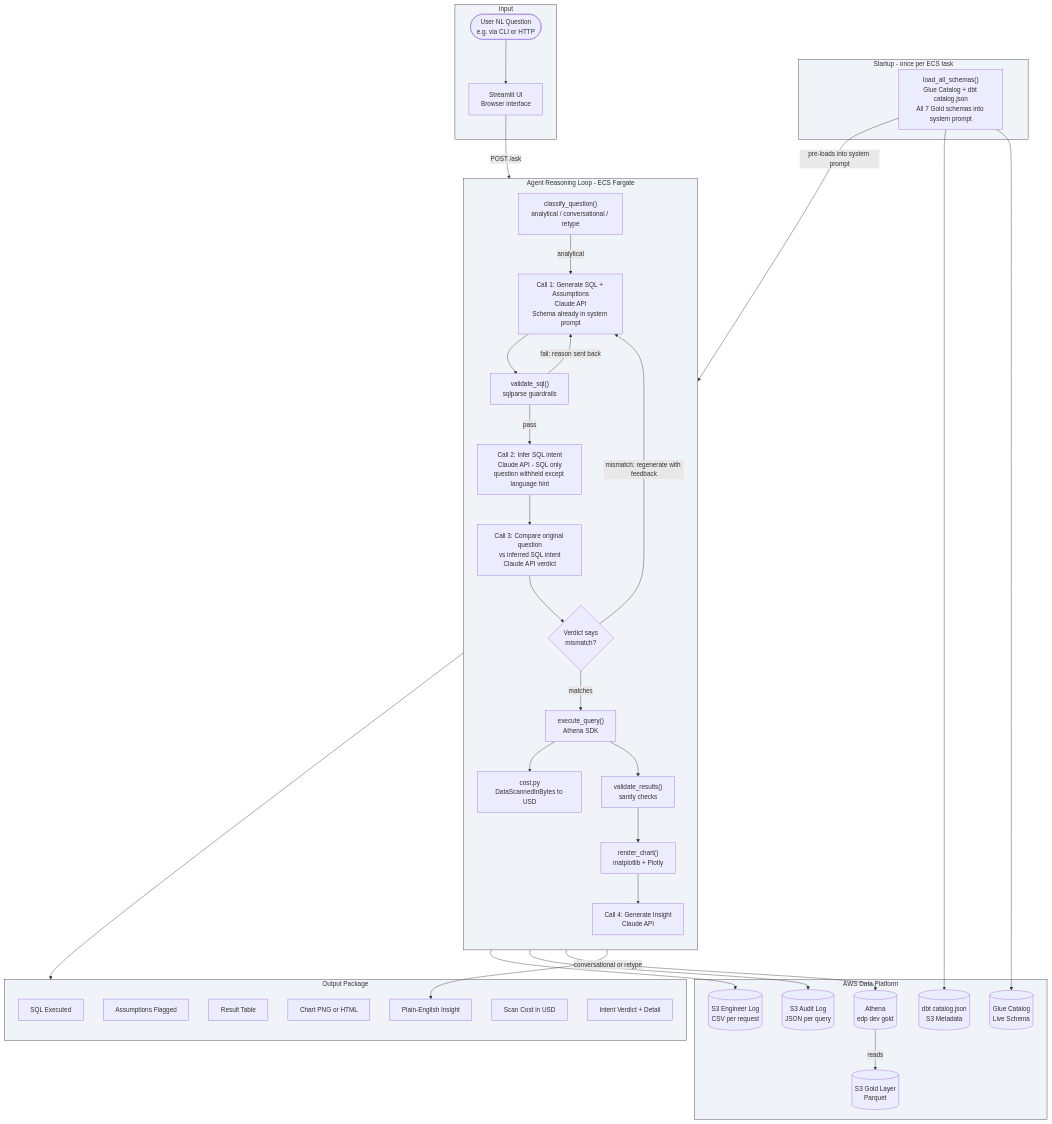
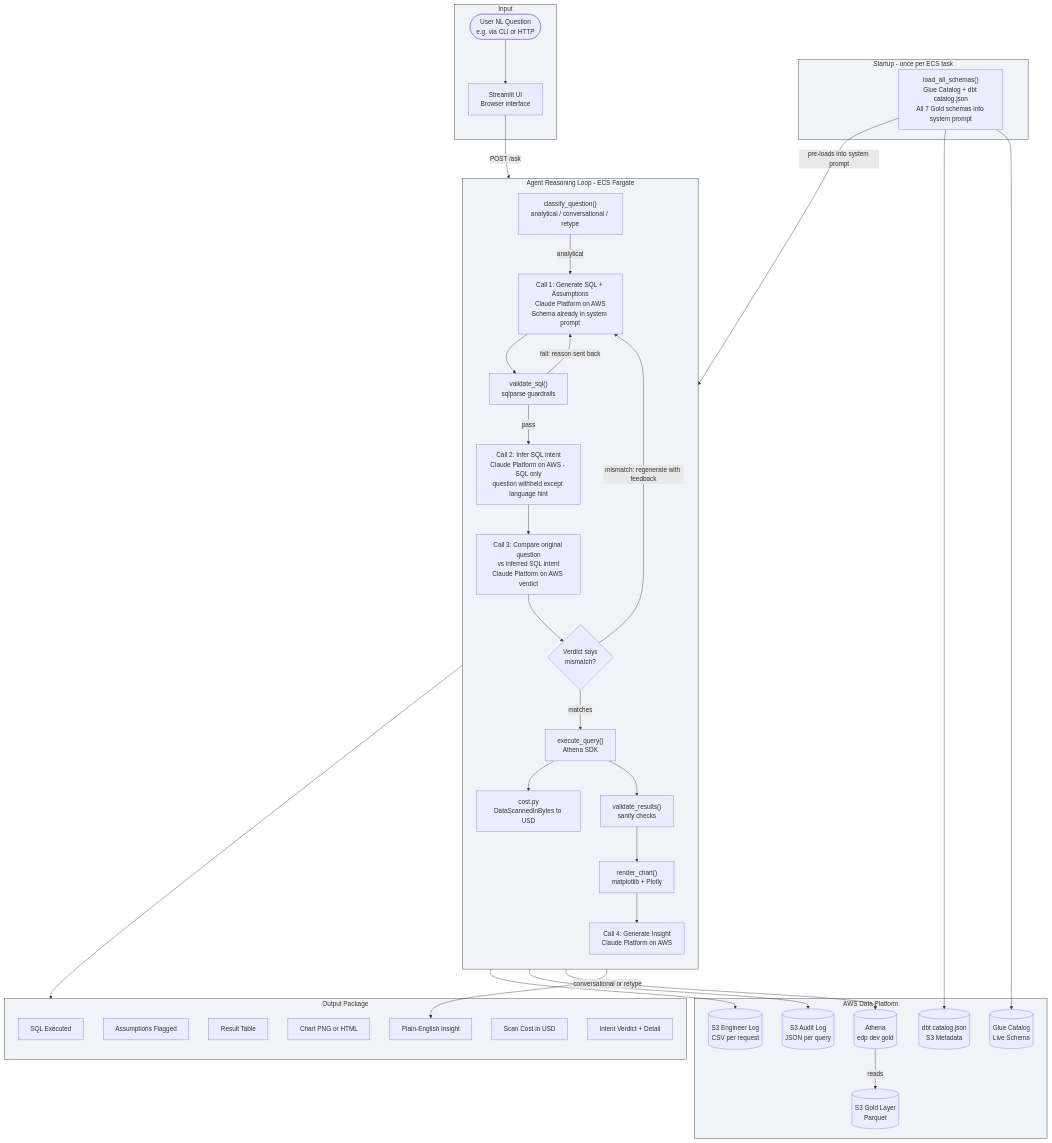
The first of 4 diagrams in README.md (enterprise-data-platform-emeka/platform-analytics-agent), drawn with Mermaid before and after one commit. The commit also changed other lines of this file, not shown here.

First line of the commit message:
docs: update Claude API references to Claude Platform on AWS

````diff
--- a/README.md
+++ b/README.md
@@ -52,72 +52,72 @@
 ```mermaid
 flowchart TD
     subgraph Startup ["Startup - once per ECS task"]
         LoadSchemas["load_all_schemas()\nGlue Catalog + dbt catalog.json\nAll 7 Gold schemas into system prompt"]
     end
 
     subgraph Input ["Input"]
         User([User NL Question\ne.g. via CLI or HTTP])
         Streamlit[Streamlit UI\nBrowser interface]
         User --> Streamlit
     end
 
     subgraph AgentLoop ["Agent Reasoning Loop - ECS Fargate"]
         direction TB
         Classify["classify_question()\nanalytical / conversational / retype"]
-        GenerateSQL["Call 1: Generate SQL + Assumptions\nClaude API\nSchema already in system prompt"]
+        GenerateSQL["Call 1: Generate SQL + Assumptions\nClaude Platform on AWS\nSchema already in system prompt"]
         ValidateSQL["validate_sql()\nsqlparse guardrails"]
-        IntentCheck["Call 2: Infer SQL intent\nClaude API - SQL only\nquestion withheld except language hint"]
-        VerdictCheck["Call 3: Compare original question\nvs inferred SQL intent\nClaude API verdict"]
+        IntentCheck["Call 2: Infer SQL intent\nClaude Platform on AWS - SQL only\nquestion withheld except language hint"]
+        VerdictCheck["Call 3: Compare original question\nvs inferred SQL intent\nClaude Platform on AWS verdict"]
         Verdict{"Verdict says\nmismatch?"}
         Execute["execute_query()\nAthena SDK"]
         TrackCost["cost.py\nDataScannedInBytes to USD"]
         ValidateResults["validate_results()\nsanity checks"]
         RenderChart["render_chart()\nmatplotlib + Plotly"]
-        Summarise["Call 4: Generate Insight\nClaude API"]
+        Summarise["Call 4: Generate Insight\nClaude Platform on AWS"]
     end
 
     subgraph AWS ["AWS Data Platform"]
         GlueCatalog[(Glue Catalog\nLive Schema)]
         DbtArtifacts[(dbt catalog.json\nS3 Metadata)]
         Athena[(Athena\nedp dev gold)]
         S3Gold[(S3 Gold Layer\nParquet)]
         AuditLog[(S3 Audit Log\nJSON per query)]
         EngineerLog[(S3 Engineer Log\nCSV per request)]
     end
 
     subgraph OutputBlock ["Output Package"]
         SQL[SQL Executed]
         Assumptions[Assumptions Flagged]
         ResultTable[Result Table]
         Chart[Chart PNG or HTML]
         Summary[Plain-English Insight]
         CostLine[Scan Cost in USD]
         VerdictOut[Intent Verdict + Detail]
     end
 
     LoadSchemas --> GlueCatalog
     LoadSchemas --> DbtArtifacts
     LoadSchemas -->|pre-loads into system prompt| GenerateSQL
     Streamlit -->|POST /ask| Classify
     Classify -->|analytical| GenerateSQL
     Classify -->|conversational or retype| Summary
     GenerateSQL --> ValidateSQL
     ValidateSQL -->|pass| IntentCheck
     ValidateSQL -->|fail: reason sent back| GenerateSQL
     IntentCheck --> VerdictCheck
     VerdictCheck --> Verdict
     Verdict -->|mismatch: regenerate with feedback| GenerateSQL
     Verdict -->|matches| Execute
     Execute --> Athena
     Athena -->|reads| S3Gold
     Execute --> TrackCost
     Execute --> ValidateResults
     ValidateResults --> RenderChart
     RenderChart --> Summarise
     Summarise --> OutputBlock
     Summarise --> AuditLog
     Summarise --> EngineerLog
 
     classDef box fill:#f0f4f8,stroke:#333,stroke-width:1px;
     class Startup,Input,AgentLoop,AWS,OutputBlock box;
 ```
````
